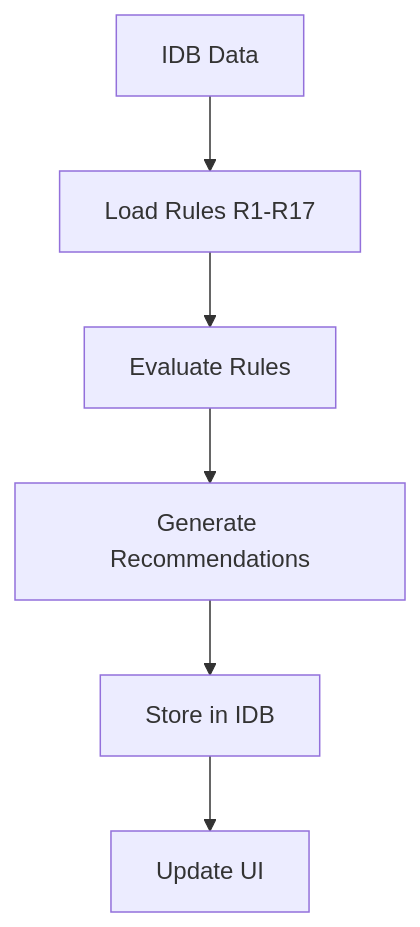
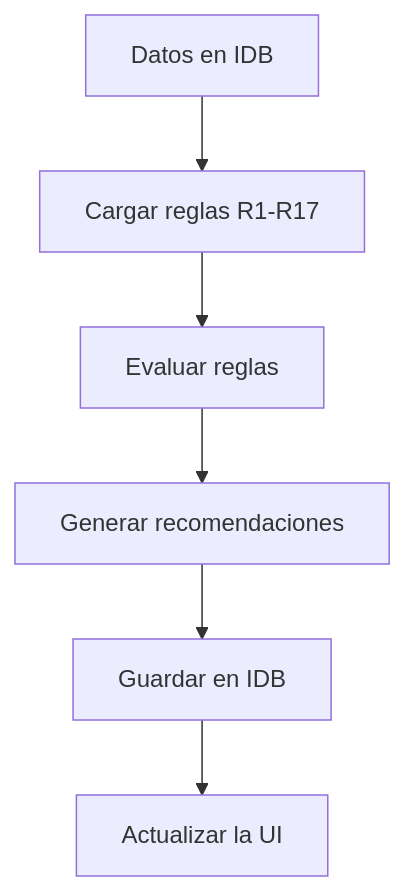
Before and after one commit to DeployModeIO/integritywatch-field: the third of 4 diagrams in README.md, drawn with Mermaid. The commit also changed other lines of this file and 4 other files, not shown here.

````diff
--- a/README.md
+++ b/README.md
@@ -130,8 +130,8 @@
 ```mermaid
 flowchart TB
-    A[IDB Data] --> B[Load Rules R1-R17]
-    B --> C[Evaluate Rules]
-    C --> D[Generate Recommendations]
-    D --> E[Store in IDB]
-    E --> F[Update UI]
+    A[Datos en IDB] --> B[Cargar reglas R1-R17]
+    B --> C[Evaluar reglas]
+    C --> D[Generar recomendaciones]
+    D --> E[Guardar en IDB]
+    E --> F[Actualizar la UI]
 ```
````
